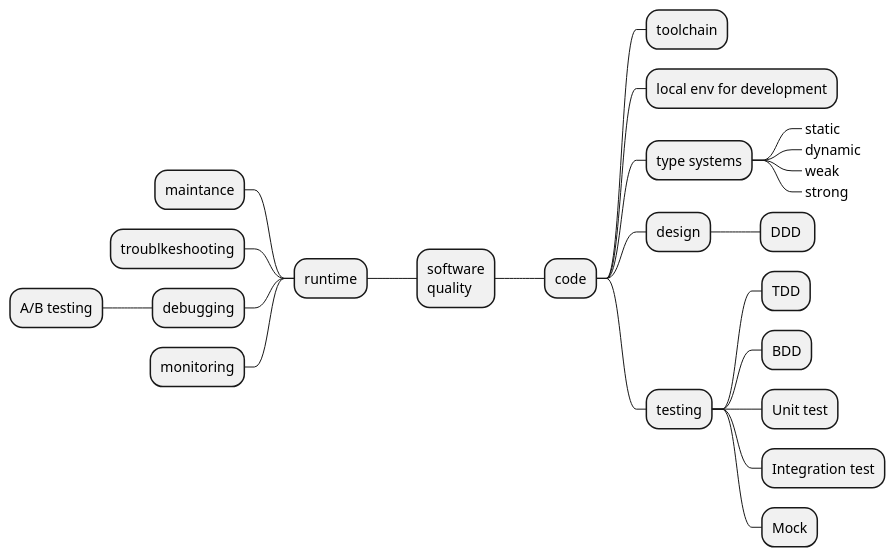
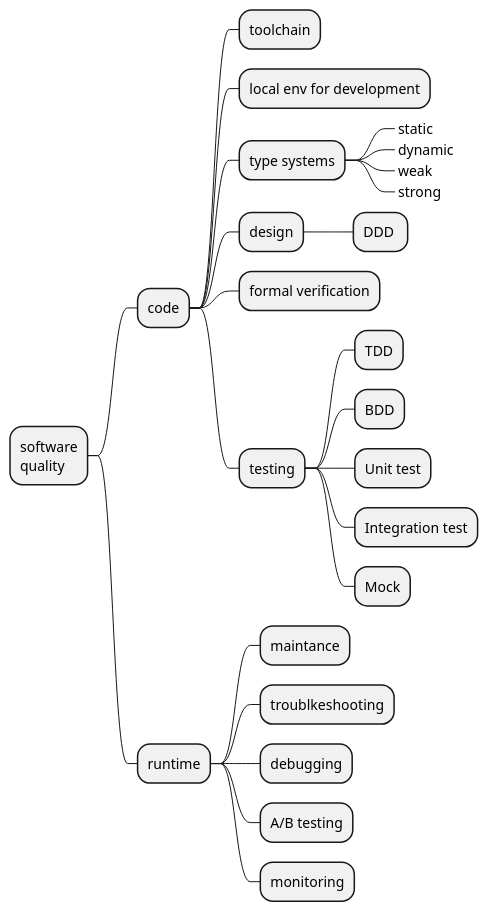
Before and after one commit to levplotkin/code-quality-roadmap: the diagram in software-quality-roadmap.iuml, drawn with PlantUML.

```diff
--- a/software-quality-roadmap.iuml
+++ b/software-quality-roadmap.iuml
@@ -1,25 +1,26 @@
 @startmindmap
-+ software\nquality
-++ code
-+++ toolchain
-+++ local env for development
-+++ type systems
-++++_ static
-++++_ dynamic
-++++_ weak
-++++_ strong
-+++ design
-++++ DDD 
-+++ testing
-++++ TDD
-++++ BDD
-++++ Unit test
-++++ Integration test
-++++ Mock
--- runtime
---- maintance
---- troublkeshooting
---- debugging
----- A/B testing
---- monitoring
+* software\nquality
+ * code
+  * toolchain
+  * local env for development
+  * type systems
+   *_ static
+   *_ dynamic
+   *_ weak
+   *_ strong
+  * design
+   * DDD 
+  * formal verification
+  * testing
+   * TDD
+   * BDD
+   * Unit test
+   * Integration test
+   * Mock
+ * runtime
+  * maintance
+  * troublkeshooting
+  * debugging
+  * A/B testing
+  * monitoring
 @endmindmap
```
